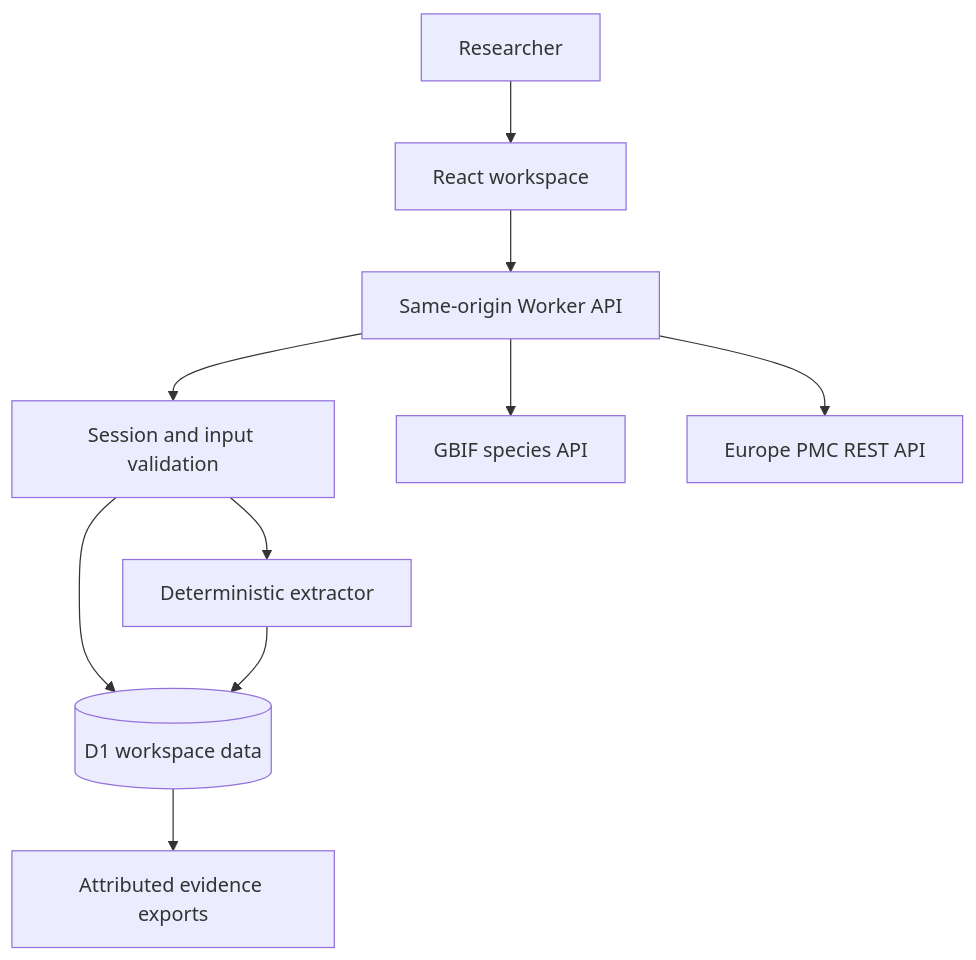
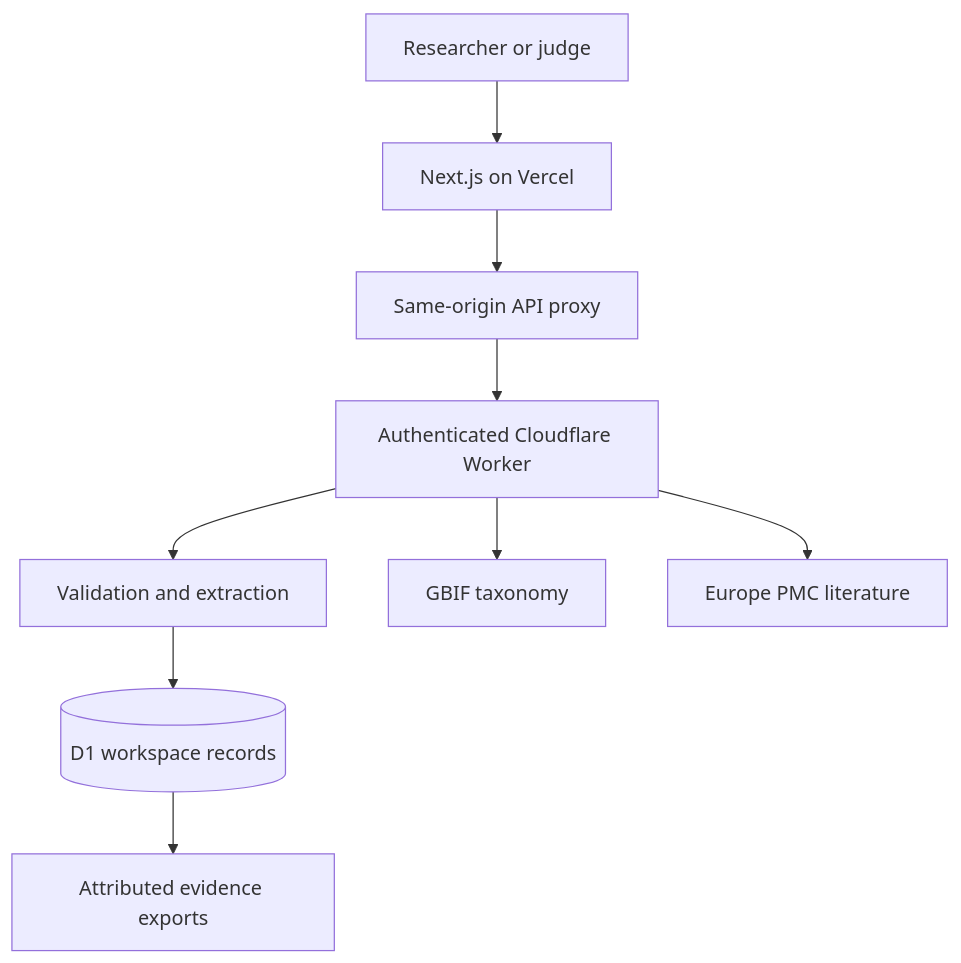
One commit to adeelfalaksher/citeflora changed the first of 2 diagrams in README.md. Above: the diagram before and after it, drawn with Mermaid. The commit also changed other lines of this file and 15 other files, not shown here.

````diff
--- a/README.md
+++ b/README.md
@@ -32,12 +45,11 @@
 ```mermaid
 flowchart TD
-  U[Researcher] --> R[React workspace]
-  R --> A[Same-origin Worker API]
-  A --> V[Session and input validation]
-  V --> X[Deterministic extractor]
-  V --> D[(D1 workspace data)]
-  X --> D
-  A --> G[GBIF species API]
-  A --> P[Europe PMC REST API]
+  U[Researcher or judge] --> N[Next.js on Vercel]
+  N --> B[Same-origin API proxy]
+  B --> W[Authenticated Cloudflare Worker]
+  W --> X[Validation and extraction]
+  X --> D[(D1 workspace records)]
+  W --> G[GBIF taxonomy]
+  W --> P[Europe PMC literature]
   D --> E[Attributed evidence exports]
 ```
````
